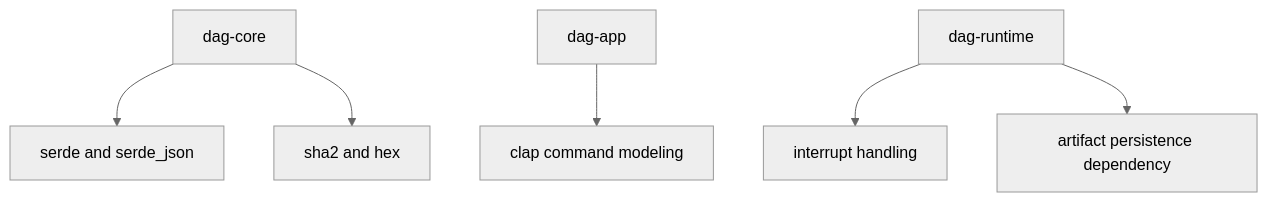
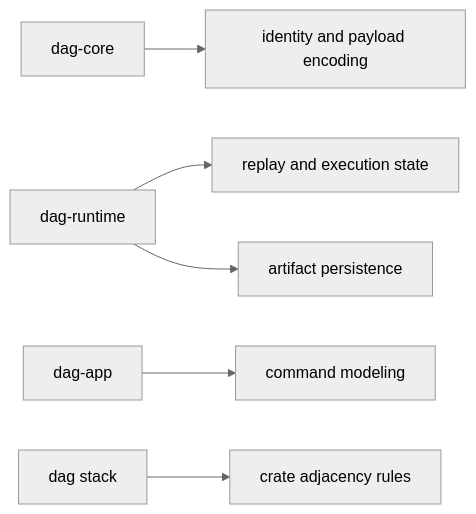
Before and after one commit to bijux/bijux-cli: the diagram in docs/bijux-dag/foundation/dependencies-and-adjacencies.md, drawn with Mermaid (neutral theme). The commit also changed other lines of this file, not shown here.

Commit message:
docs(dag-foundation): clarify dependencies and adjacencies

````diff
--- a/docs/bijux-dag/foundation/dependencies-and-adjacencies.md
+++ b/docs/bijux-dag/foundation/dependencies-and-adjacencies.md
@@ -17,8 +20,8 @@
 ```mermaid
-flowchart TD
-    dag_core["dag-core"] --> serde["serde and serde_json"]
-    dag_core --> hash["sha2 and hex"]
-    dag_app["dag-app"] --> clap["clap command modeling"]
-    dag_runtime["dag-runtime"] --> ctrlc["interrupt handling"]
-    dag_runtime --> dag_artifacts["artifact persistence dependency"]
+flowchart LR
+    core["dag-core"] --> identity["identity and payload encoding"]
+    runtime["dag-runtime"] --> replay["replay and execution state"]
+    runtime --> artifacts["artifact persistence"]
+    app["dag-app"] --> commands["command modeling"]
+    stack["dag stack"] --> boundaries["crate adjacency rules"]
 ```
````
